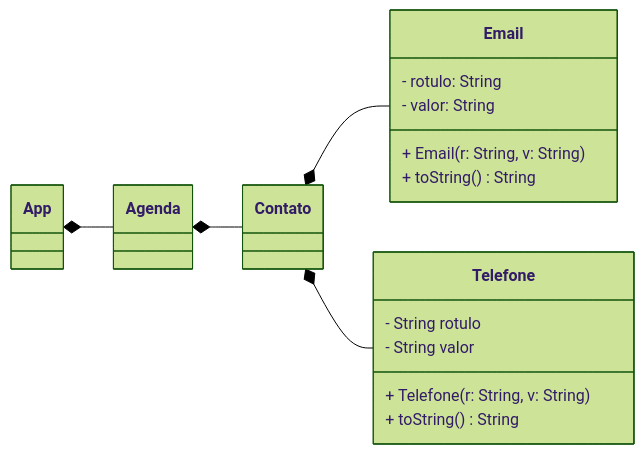
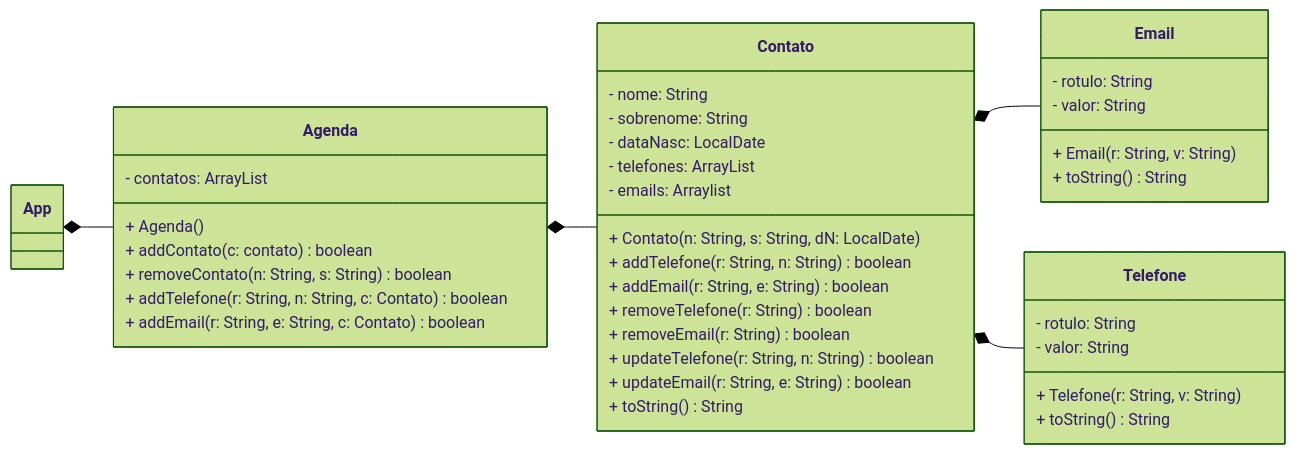
Before and after one commit to williansantfer/POO: the diagram in aula-15/Readme.md, drawn with Mermaid (forest theme). The commit also changed 3 other files, not shown here.

````diff
--- a/aula-15/Readme.md
+++ b/aula-15/Readme.md
@@ -3,43 +3,64 @@
 ```mermaid
 
 classDiagram
     
     direction LR
 
 class App {
     
 }
 
 class Agenda {
+    - contatos: ArrayList<Contato>
+    
+    + Agenda()
+    + addContato(c: contato) boolean
+    + removeContato(n: String, s: String) boolean
+    + addTelefone(r: String, n: String, c: Contato) boolean
+    + addEmail(r: String, e: String, c: Contato) boolean
     
 }
 
 class Contato {
+    - nome: String
+    - sobrenome: String
+    - dataNasc: LocalDate
+    - telefones: ArrayList<Telefone>
+    - emails: Arraylist<Email>
+    
+    + Contato(n: String, s: String, dN: LocalDate)
+    + addTelefone(r: String, n: String) boolean
+    + addEmail(r: String, e: String) boolean
+    + removeTelefone(r: String) boolean
+    + removeEmail(r: String) boolean
+    + updateTelefone(r: String, n: String) boolean
+    + updateEmail(r: String, e: String) boolean
+    + toString() String
     
 }
 
 class Email {
     - rotulo: String
     -  valor: String
     
     + Email(r: String, v: String)
     + toString() String
     
     
 }
 
 class Telefone {
-    - String rotulo
-    - String valor
+    - rotulo: String
+    - valor: String
     
     + Telefone(r: String, v: String)
     + toString() String
     
 }
 
 App *-- Agenda
 Agenda *-- Contato
 Contato *-- Email
 Contato *-- Telefone
 
 ```
````
